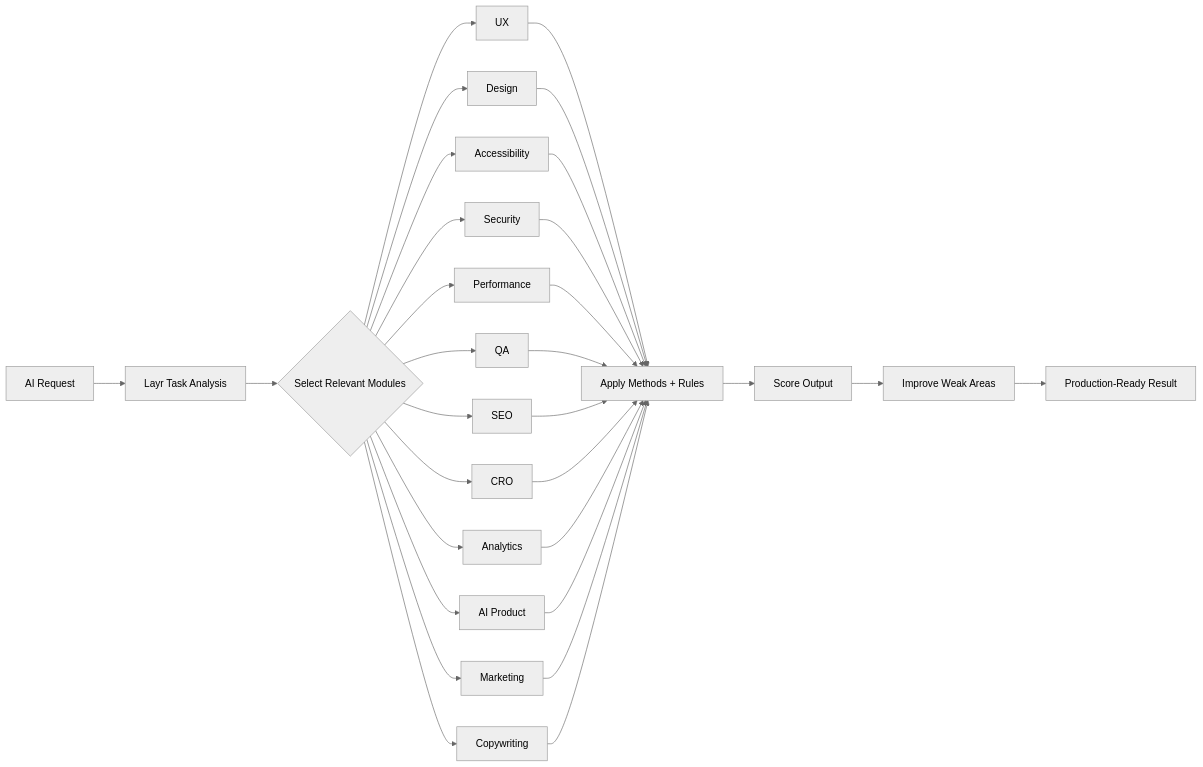
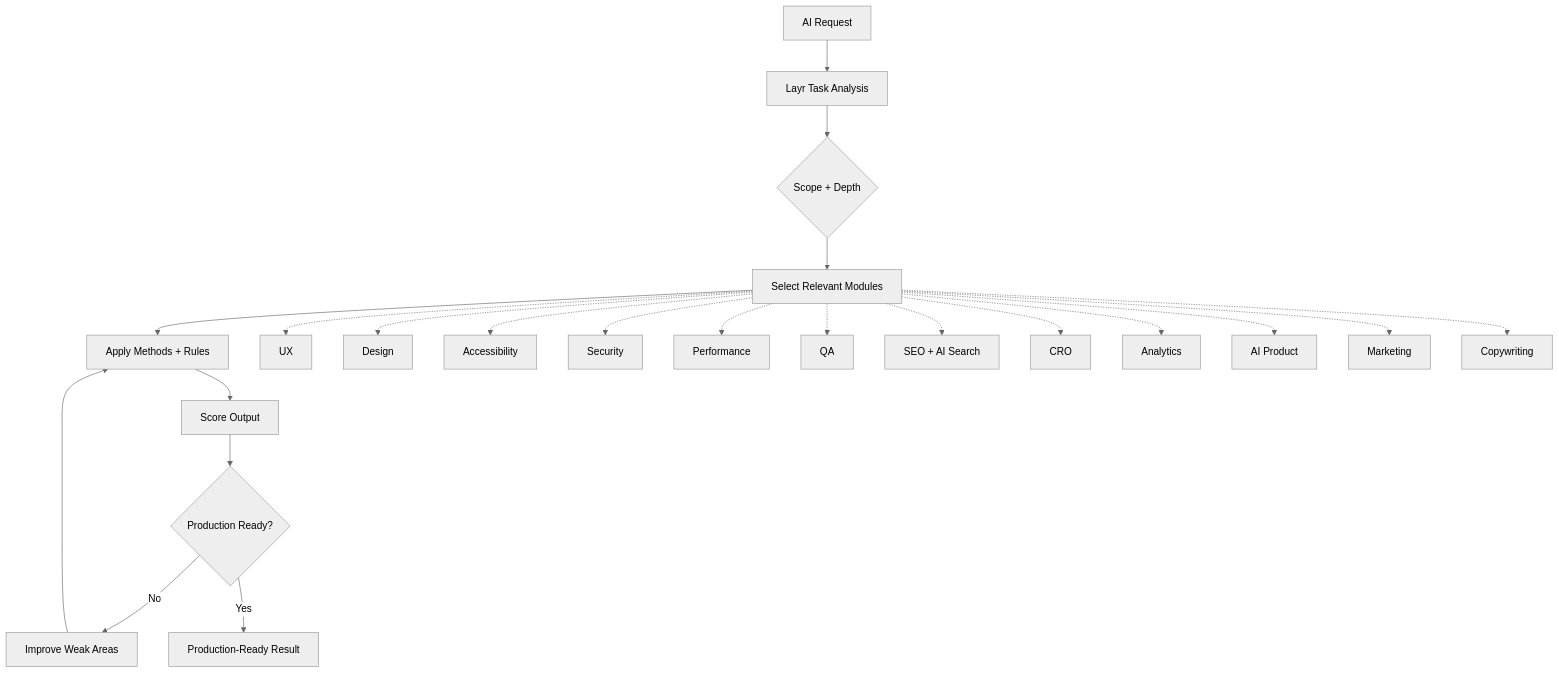
Before and after one commit to Mike-Moore100/UX-Design-System-for-AI: the diagram in README.md, drawn with Mermaid (neutral theme). The commit also changed other lines of this file, not shown here.

Commit message:
Improve README presentation

````diff
--- a/README.md
+++ b/README.md
@@ -87,35 +121,25 @@
 ```mermaid
-flowchart LR
+flowchart TD
   A["AI Request"] --> B["Layr Task Analysis"]
-  B --> C{"Select Relevant Modules"}
+  B --> C{"Scope + Depth"}
+  C --> D["Select Relevant Modules"]
+  D --> E["Apply Methods + Rules"]
+  E --> F["Score Output"]
+  F --> G{"Production Ready?"}
+  G -- "No" --> H["Improve Weak Areas"]
+  H --> E
+  G -- "Yes" --> I["Production-Ready Result"]
 
-  C --> D1["UX"]
-  C --> D2["Design"]
-  C --> D3["Accessibility"]
-  C --> D4["Security"]
-  C --> D5["Performance"]
-  C --> D6["QA"]
-  C --> D7["SEO"]
-  C --> D8["CRO"]
-  C --> D9["Analytics"]
-  C --> D10["AI Product"]
-  C --> D11["Marketing"]
-  C --> D12["Copywriting"]
-
-  D1 --> E["Apply Methods + Rules"]
-  D2 --> E
-  D3 --> E
-  D4 --> E
-  D5 --> E
-  D6 --> E
-  D7 --> E
-  D8 --> E
-  D9 --> E
-  D10 --> E
-  D11 --> E
-  D12 --> E
-
-  E --> F["Score Output"]
-  F --> G["Improve Weak Areas"]
-  G --> H["Production-Ready Result"]
+  D -.-> M1["UX"]
+  D -.-> M2["Design"]
+  D -.-> M3["Accessibility"]
+  D -.-> M4["Security"]
+  D -.-> M5["Performance"]
+  D -.-> M6["QA"]
+  D -.-> M7["SEO + AI Search"]
+  D -.-> M8["CRO"]
+  D -.-> M9["Analytics"]
+  D -.-> M10["AI Product"]
+  D -.-> M11["Marketing"]
+  D -.-> M12["Copywriting"]
 ```
````
